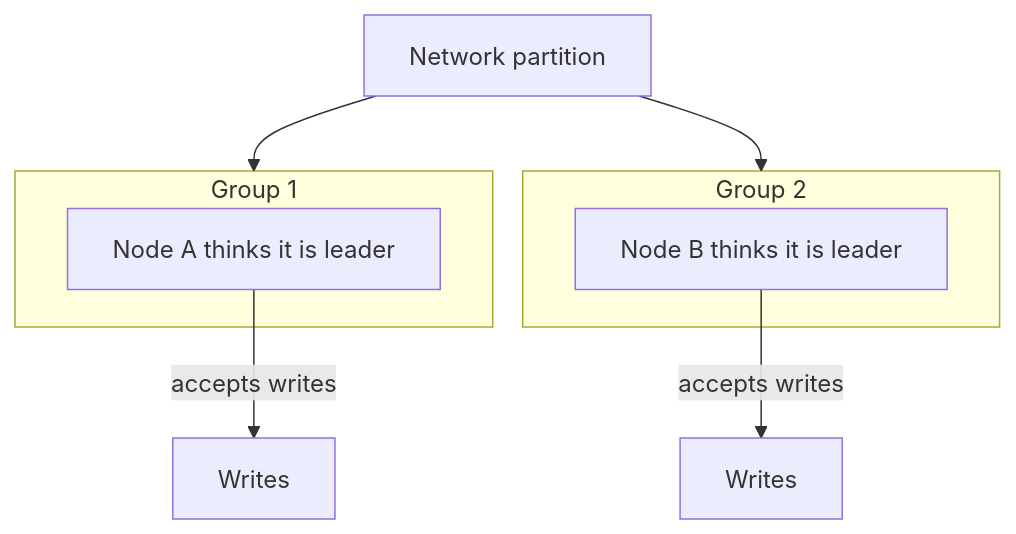
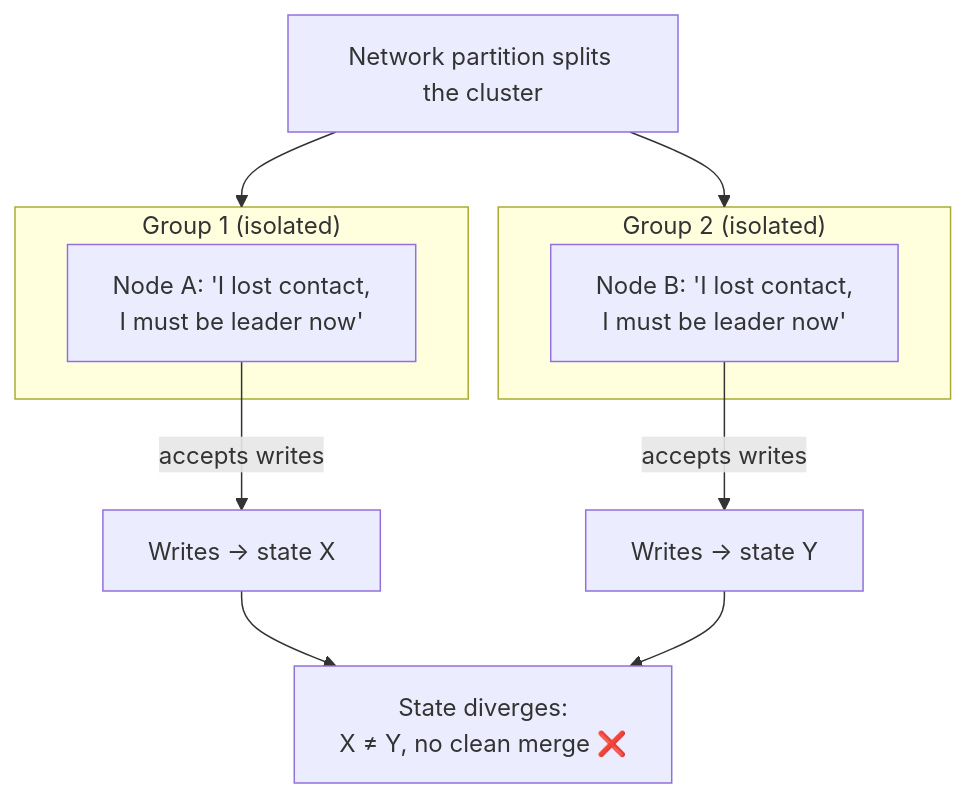
One commit to pankajThakur1874/studysheet changed the sixth of 22 diagrams in files/08-edge-cases/Tier-6-Advanced-Distributed-Systems.md. Above: the diagram before and after it, drawn with Mermaid. The commit also changed other lines of this file and 5 other files, not shown here.

````diff
--- a/files/08-edge-cases/Tier-6-Advanced-Distributed-Systems.md
+++ b/files/08-edge-cases/Tier-6-Advanced-Distributed-Systems.md
@@ -124,13 +276,15 @@
 ```mermaid
 flowchart TD
-    P["Network partition"] --> G1
+    P["Network partition splits the cluster"] --> G1
     P --> G2
-    subgraph G1["Group 1"]
-      A["Node A thinks it is leader"]
+    subgraph G1["Group 1 (isolated)"]
+      A["Node A: 'I lost contact,<br/>I must be leader now'"]
     end
-    subgraph G2["Group 2"]
-      B["Node B thinks it is leader"]
+    subgraph G2["Group 2 (isolated)"]
+      B["Node B: 'I lost contact,<br/>I must be leader now'"]
     end
-    A -->|accepts writes| W1["Writes"]
-    B -->|accepts writes| W2["Writes"]
+    A -->|accepts writes| W1["Writes → state X"]
+    B -->|accepts writes| W2["Writes → state Y"]
+    W1 --> DIV["State diverges:<br/>X ≠ Y, no clean merge ❌"]
+    W2 --> DIV
 ```
````
